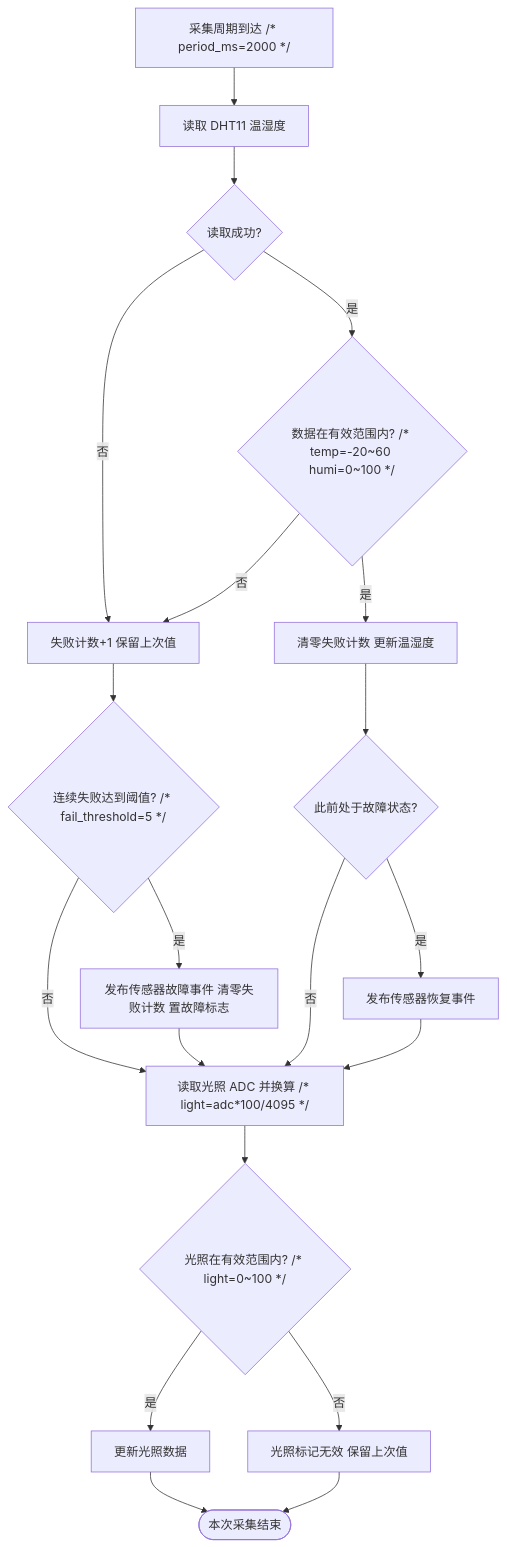
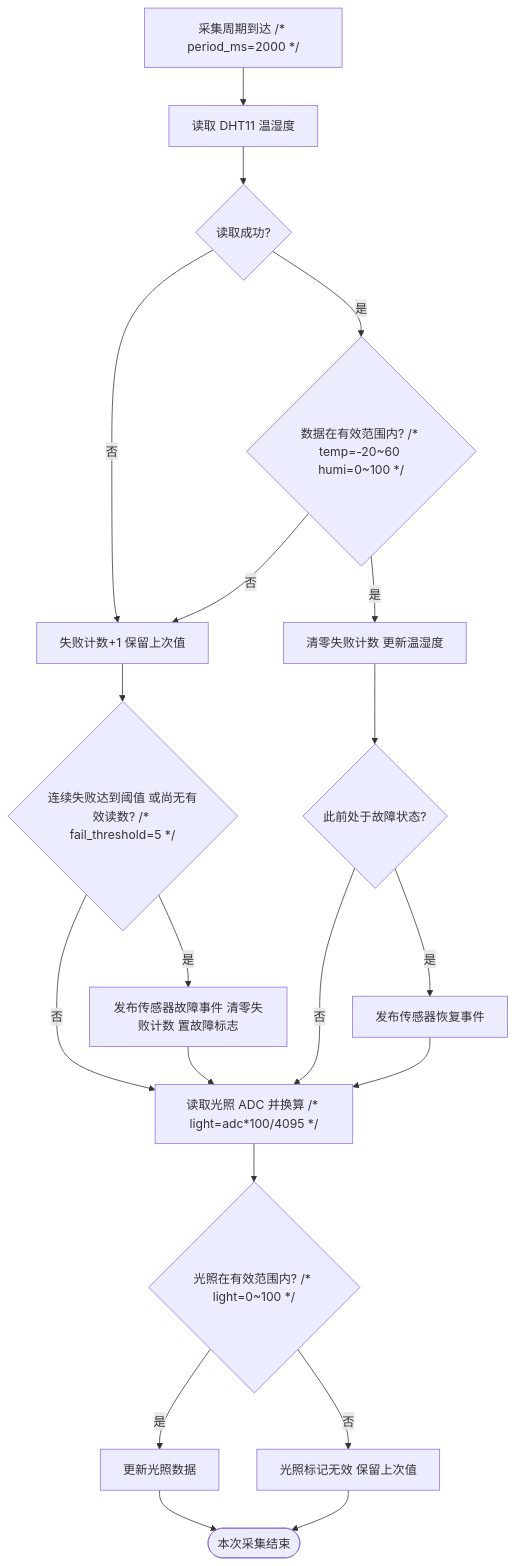
One commit to eroblue/embed-ai-assist changed the diagram in examples/stm32f103zet6/App/docs/flow/app_env_sensor_flow.md. Above: the diagram before and after it, drawn with Mermaid. The commit also changed other lines of this file and 166 other files, not shown here.

````diff
--- a/examples/stm32f103zet6/App/docs/flow/app_env_sensor_flow.md
+++ b/examples/stm32f103zet6/App/docs/flow/app_env_sensor_flow.md
@@ -15,22 +17,22 @@
 ```mermaid
 flowchart TD
     A[采集周期到达 /* period_ms=2000 */] --> B[读取 DHT11 温湿度]
     B --> C{读取成功?}
     C -- 否 --> D[失败计数+1 保留上次值]
-    D --> E{连续失败达到阈值? /* fail_threshold=5 */}
+    D --> E{连续失败达到阈值 或尚无有效读数? /* fail_threshold=5 */}
     E -- 是 --> F[发布传感器故障事件 清零失败计数 置故障标志]
     E -- 否 --> G[读取光照 ADC 并换算 /* light=adc*100/4095 */]
     F --> G
     C -- 是 --> H{数据在有效范围内? /* temp=-20~60 humi=0~100 */}
     H -- 否 --> D
     H -- 是 --> I[清零失败计数 更新温湿度]
     I --> J{此前处于故障状态?}
     J -- 是 --> K[发布传感器恢复事件]
     J -- 否 --> G
     K --> G
     G --> L{光照在有效范围内? /* light=0~100 */}
     L -- 是 --> M[更新光照数据]
     L -- 否 --> N[光照标记无效 保留上次值]
     M --> O([本次采集结束])
     N --> O
 ```
````
